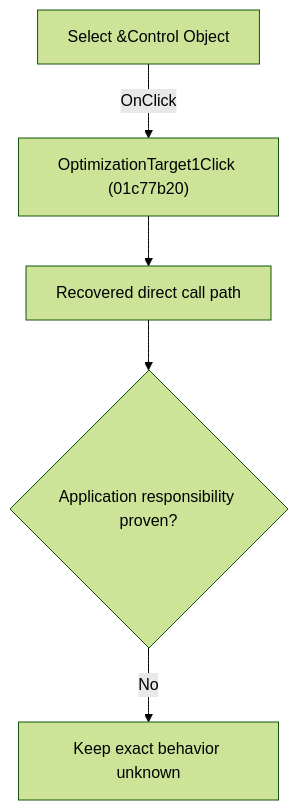
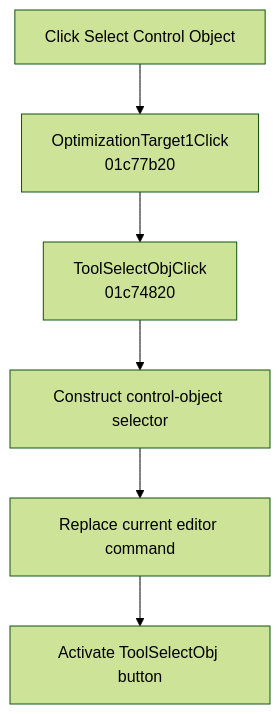
One commit to MovGP0/TIARA changed the diagram in docs/ui-controls/schematiceditor/optimizationtarget1-152c5a7580.md. Above: the diagram before and after it, drawn with Mermaid (forest theme). The commit also changed other lines of this file and 241 other files, not shown here.

````diff
--- a/docs/ui-controls/schematiceditor/optimizationtarget1-152c5a7580.md
+++ b/docs/ui-controls/schematiceditor/optimizationtarget1-152c5a7580.md
@@ -27,7 +29,8 @@
 ```mermaid
 flowchart TD
-    control["Select &Control Object"] -->|"OnClick"| handler["OptimizationTarget1Click (01c77b20)"]
-    handler --> recovered["Recovered direct call path"]
-    recovered --> gap{"Application responsibility proven?"}
-    gap -->|"No"| blocked["Keep exact behavior unknown"]
+    control["Click Select Control Object"] --> wrapper["OptimizationTarget1Click<br/>01c77b20"]
+    wrapper --> handler["ToolSelectObjClick<br/>01c74820"]
+    handler --> create["Construct control-object selector"]
+    create --> replace["Replace current editor command"]
+    replace --> activate["Activate ToolSelectObj button"]
 ```
````
